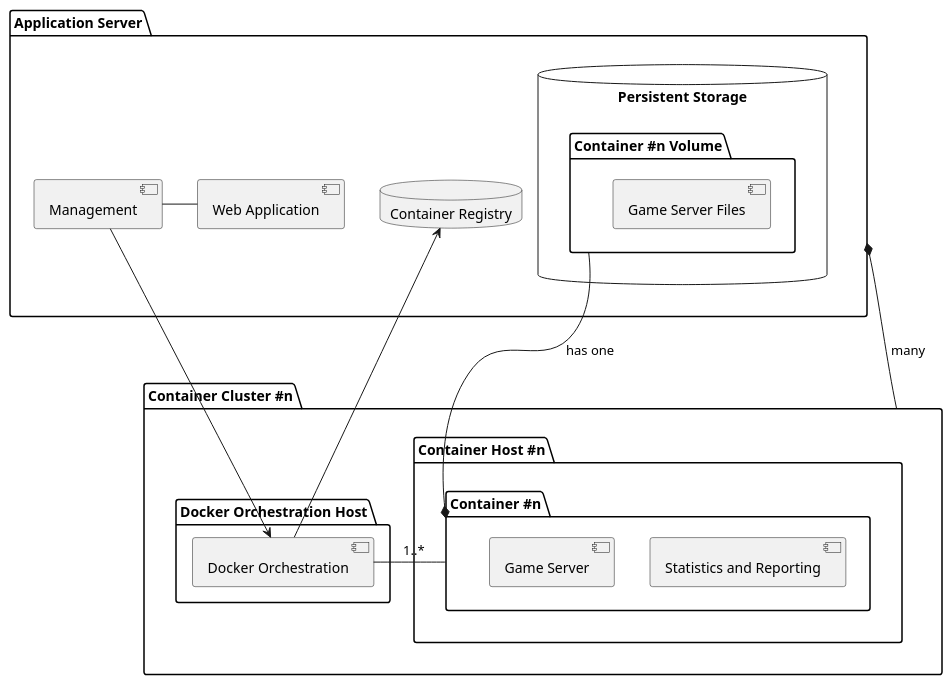
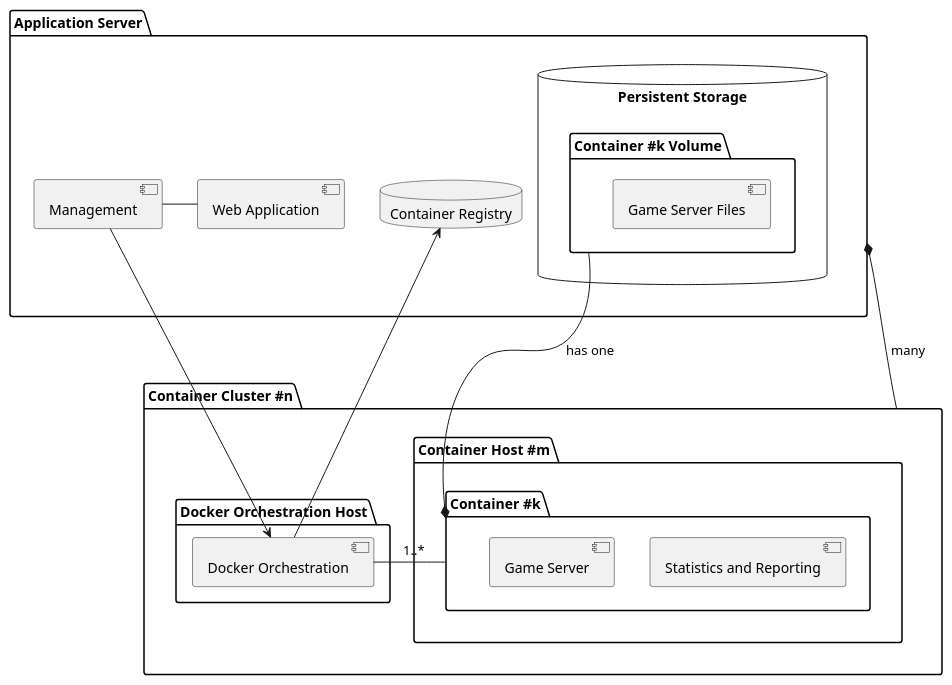
Before and after one commit to GameBaseDE/documentation: the diagram in architecture/architecture.puml, drawn with PlantUML.

```diff
--- a/architecture/architecture.puml
+++ b/architecture/architecture.puml
@@ -1,40 +1,40 @@
 @startuml
 
 package "Application Server" as ApplicationServer {
     [Web Application] as WebApp
     [Management] as Mgt
     WebApp - Mgt
     database "Container Registry" as ContainerRegistry
     database "Persistent Storage" as PersistentStorage {
-        folder "Container #n Volume" as ContainerVolume {
+        folder "Container #k Volume" as ContainerVolume {
             [Game Server Files]
         }
     }
 }
 
 package "Container Cluster #n" as ContainerCluster  {
     package "Docker Orchestration Host" {
         [Docker Orchestration] as OrchHost
     }
 
-    package "Container Host #n" as ContainerHost {
-        package "Container #n" as Container {
+    package "Container Host #m" as ContainerHost {
+        package "Container #k" as Container {
             [Statistics and Reporting] as StatsAnReport
             [Game Server] as GameServer
         }
     }
 
     OrchHost - Container : 1..*
 }
 
 Mgt --> OrchHost
 'Container --> PersistentStorage
 OrchHost --> ContainerRegistry
 
 'Investigate why "1" *-- "1" does not work
 'Container "1" *-- "1" ContainerVolume
 Container *-- ContainerVolume : has one
 
 ApplicationServer *-- ContainerCluster : many
 
 @enduml
```
